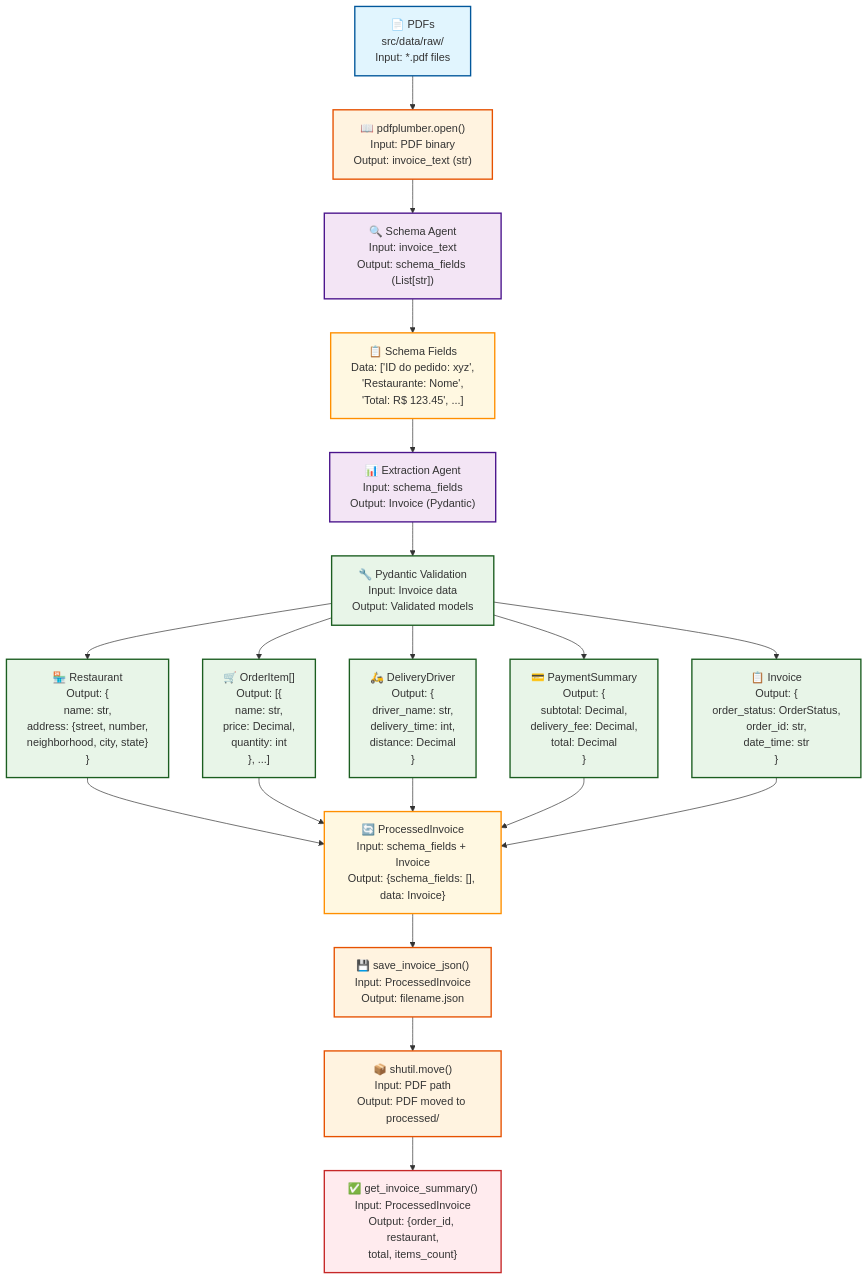
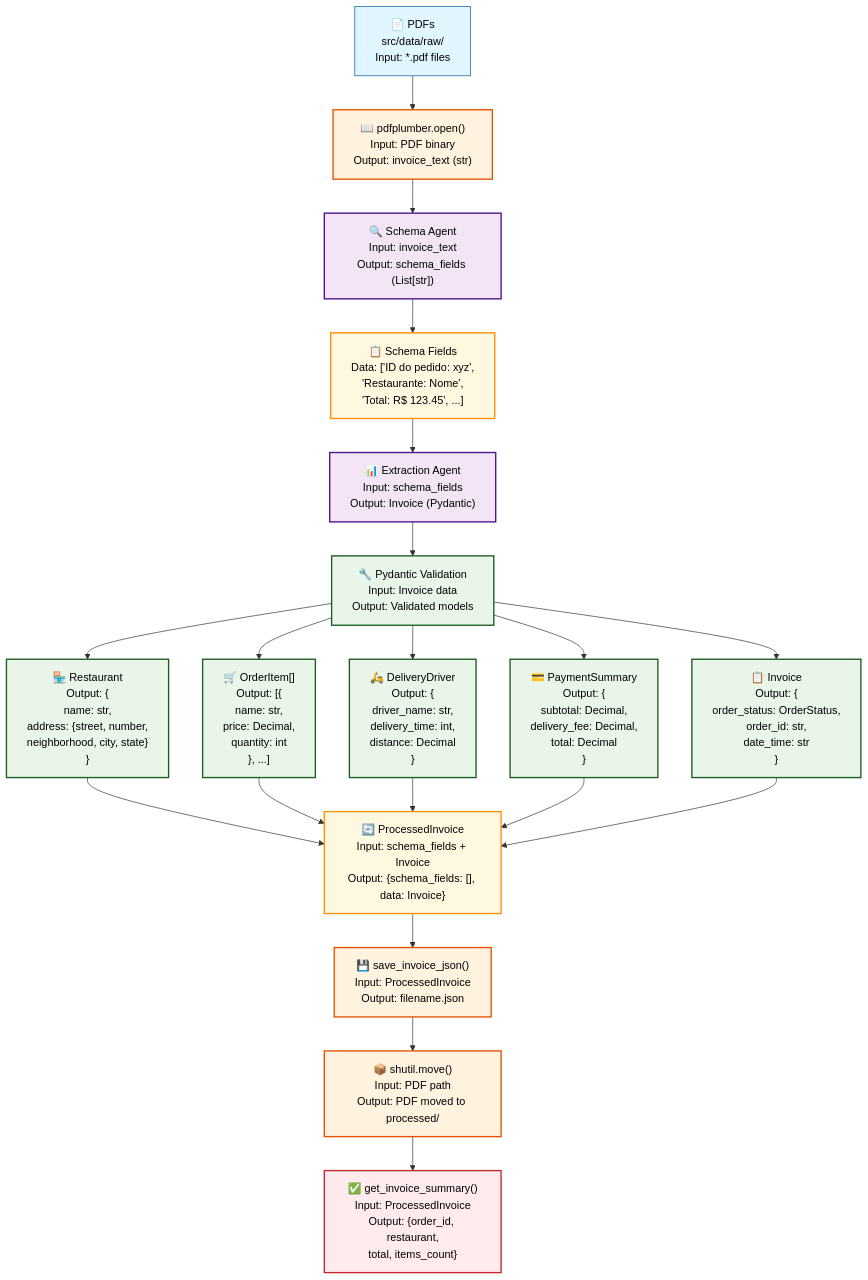
Before and after one commit to andre-balbi/invoice-ai-processor: the diagram in README.md, drawn with Mermaid.

Commit message:
fix: update flowchart styling for better visibility

````diff
--- a/README.md
+++ b/README.md
@@ -134,49 +134,49 @@
 ```mermaid
 flowchart TD
     A["📄 PDFs<br/>src/data/raw/<br/>Input: *.pdf files"] --> B["📖 pdfplumber.open()<br/>Input: PDF binary<br/>Output: invoice_text (str)"]
     
     B --> C["🔍 Schema Agent<br/>Input: invoice_text<br/>Output: schema_fields (List[str])"]
     
     C --> D["📋 Schema Fields<br/>Data: ['ID do pedido: xyz',<br/>'Restaurante: Nome',<br/>'Total: R$ 123.45', ...]"]
     
     D --> E["📊 Extraction Agent<br/>Input: schema_fields<br/>Output: Invoice (Pydantic)"]
     
     E --> F["🔧 Pydantic Validation<br/>Input: Invoice data<br/>Output: Validated models"]
     
     F --> G["🏪 Restaurant<br/>Output: {<br/>  name: str,<br/>  address: {street, number,<br/>    neighborhood, city, state}<br/>}"]
     
     F --> H["🛒 OrderItem[]<br/>Output: [{<br/>  name: str,<br/>  price: Decimal,<br/>  quantity: int<br/>}, ...]"]
     
     F --> I["🛵 DeliveryDriver<br/>Output: {<br/>  driver_name: str,<br/>  delivery_time: int,<br/>  distance: Decimal<br/>}"]
     
     F --> J["💳 PaymentSummary<br/>Output: {<br/>  subtotal: Decimal,<br/>  delivery_fee: Decimal,<br/>  total: Decimal<br/>}"]
     
     F --> K["📋 Invoice<br/>Output: {<br/>  order_status: OrderStatus,<br/>  order_id: str,<br/>  date_time: str<br/>}"]
     
     G --> L["🔄 ProcessedInvoice<br/>Input: schema_fields + Invoice<br/>Output: {schema_fields: [], data: Invoice}"]
     H --> L
     I --> L
     J --> L
     K --> L
     
     L --> M["💾 save_invoice_json()<br/>Input: ProcessedInvoice<br/>Output: filename.json"]
     
     M --> N["📦 shutil.move()<br/>Input: PDF path<br/>Output: PDF moved to processed/"]
     
     N --> O["✅ get_invoice_summary()<br/>Input: ProcessedInvoice<br/>Output: {order_id, restaurant,<br/>total, items_count}"]
     
     %% Styling
-    classDef input fill:#e1f5fe,stroke:#01579b,stroke-width:2px
-    classDef processing fill:#fff3e0,stroke:#e65100,stroke-width:2px
-    classDef ai fill:#f3e5f5,stroke:#4a148c,stroke-width:2px
-    classDef models fill:#e8f5e8,stroke:#1b5e20,stroke-width:2px
-    classDef data fill:#fff8e1,stroke:#ff8f00,stroke-width:2px
-    classDef output fill:#ffebee,stroke:#c62828,stroke-width:2px
+    classDef input fill:#e1f5fe,stroke:#01579b,stroke-width:2p,color:#000
+    classDef processing fill:#fff3e0,stroke:#e65100,stroke-width:2px,color:#000
+    classDef ai fill:#f3e5f5,stroke:#4a148c,stroke-width:2px,color:#000
+    classDef models fill:#e8f5e8,stroke:#1b5e20,stroke-width:2px,color:#000
+    classDef data fill:#fff8e1,stroke:#ff8f00,stroke-width:2px,color:#000
+    classDef output fill:#ffebee,stroke:#c62828,stroke-width:2px,color:#000
     
     class A input
     class B,M,N processing
     class C,E ai
     class F,G,H,I,J,K models
     class D,L data
     class O output
 ```
````
